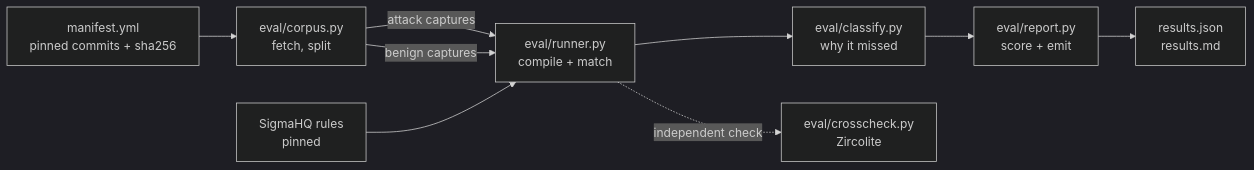
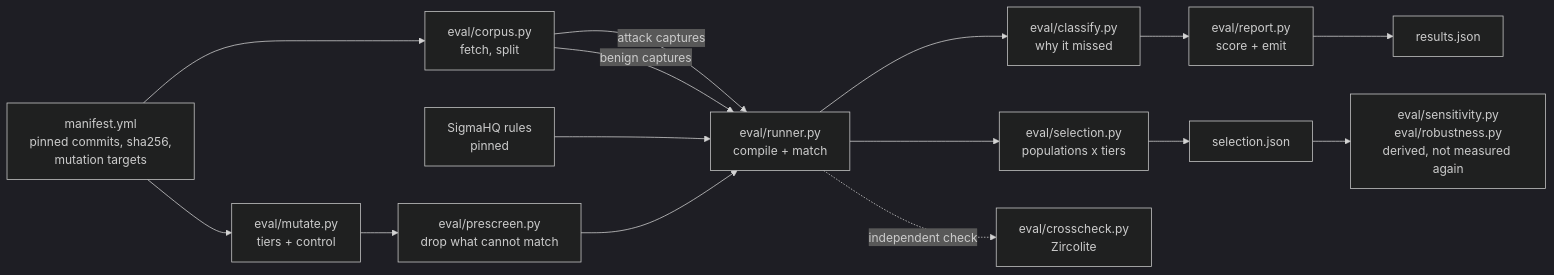
Before and after one commit to YaCnDehfuli/chain-under-load: the diagram in README.md, drawn with Mermaid (dark theme). The commit also changed other lines of this file, not shown here.

First line of the commit message:
docs: put the selection caveat in the headline

````diff
--- a/README.md
+++ b/README.md
@@ -72,11 +81,17 @@
 ```mermaid
 flowchart LR
-  M[manifest.yml<br/>pinned commits + sha256] --> C[eval/corpus.py<br/>fetch, split]
+  M[manifest.yml<br/>pinned commits, sha256,<br/>mutation targets] --> C[eval/corpus.py<br/>fetch, split]
+  M --> U[eval/mutate.py<br/>tiers + control]
   C -->|attack captures| A[eval/runner.py<br/>compile + match]
   C -->|benign captures| A
   S[SigmaHQ rules<br/>pinned] --> A
+  U --> P[eval/prescreen.py<br/>drop what cannot match]
+  P --> A
   A --> K[eval/classify.py<br/>why it missed]
+  A --> L[eval/selection.py<br/>populations x tiers]
   K --> R[eval/report.py<br/>score + emit]
-  R --> O[results.json<br/>results.md]
+  R --> O[results.json]
+  L --> N[selection.json]
+  N --> D[eval/sensitivity.py<br/>eval/robustness.py<br/>derived, not measured again]
   A -.independent check.-> Z[eval/crosscheck.py<br/>Zircolite]
 ```
````
